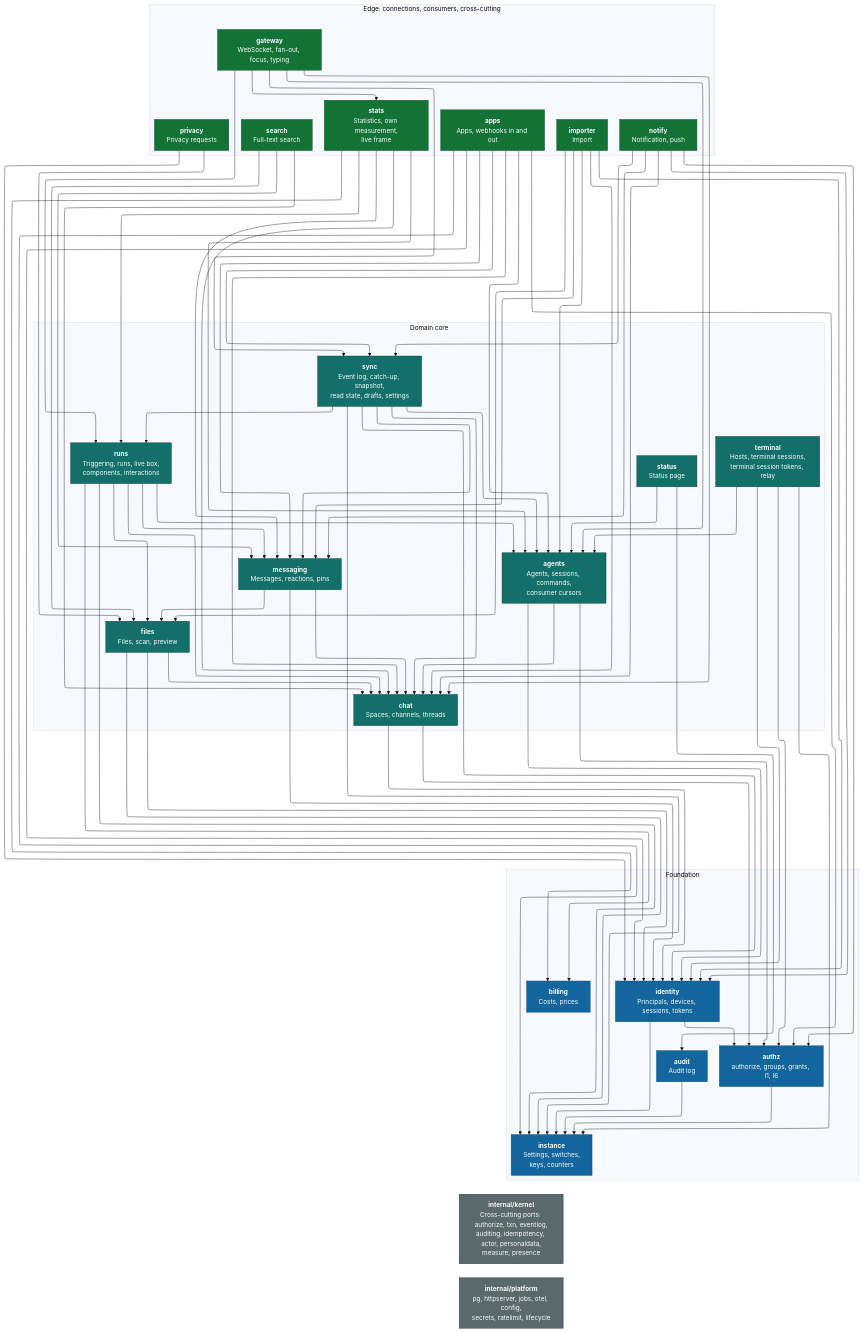
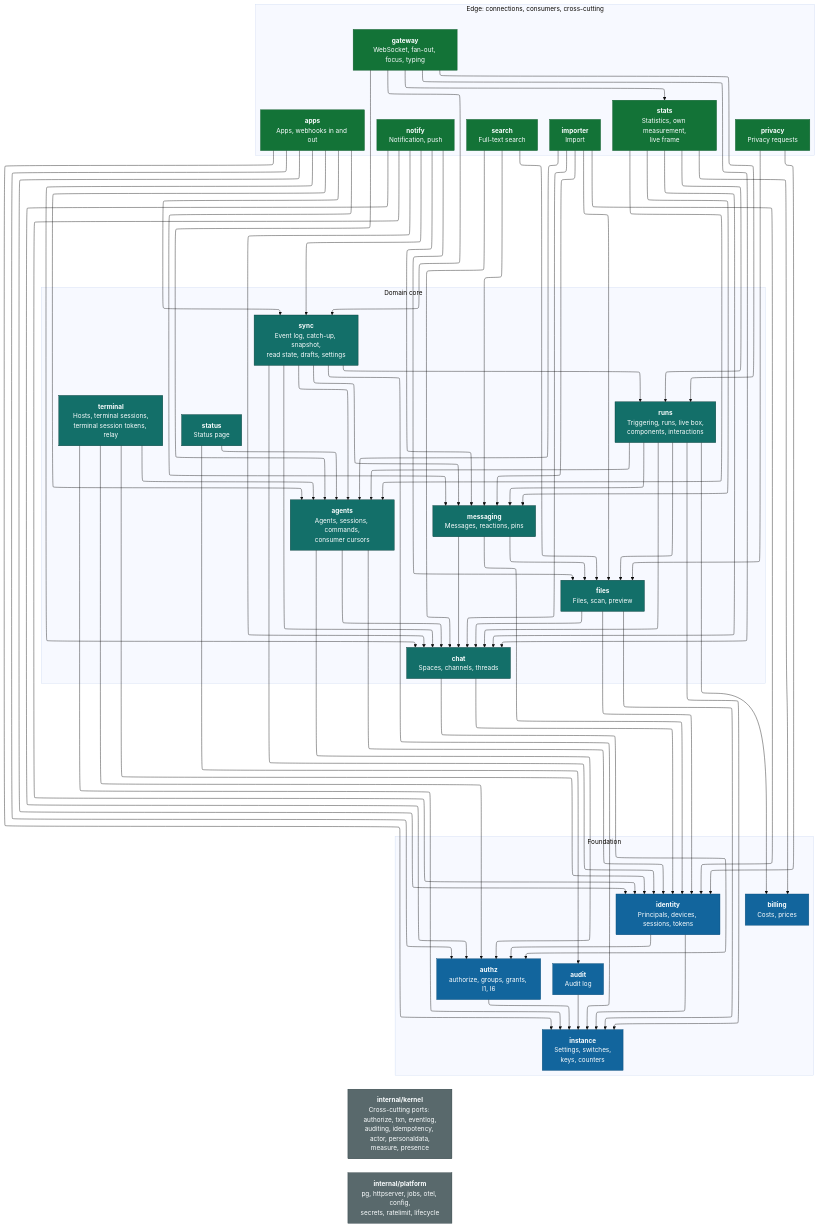
Before and after one commit to mguttmann/bothy: the diagram in docs/architecture/c4-3-server-components.mmd, drawn with Mermaid (base theme). The commit also changed 149 other files, not shown here.

```diff
--- a/docs/architecture/c4-3-server-components.mmd
+++ b/docs/architecture/c4-3-server-components.mmd
@@ -1,112 +1,113 @@
 ---
 config:
   layout: elk
 ---
 %% C4 level 3: components of the server = modules of the monolith.
 %% Arrow A --> B means: A may call the port of B (dependency table in 02-architecture.md, 4.4).
 %% All modules also use the cross-cutting ports from internal/kernel; these edges are not drawn.
 flowchart TB
   classDef top fill:#137337,stroke:#0c5828,color:#fbfeff
   classDef mid fill:#136f69,stroke:#063b38,color:#fbfeff
   classDef base fill:#12659d,stroke:#0b4d79,color:#fbfeff
   classDef shared fill:#59696c,stroke:#24363a,color:#fbfeff
 
   subgraph edge["Edge: connections, consumers, cross-cutting"]
     gateway["<b>gateway</b><br/>WebSocket, fan-out, focus, typing"]:::top
     notify["<b>notify</b><br/>Notification, push"]:::top
     apps["<b>apps</b><br/>Apps, webhooks in and out"]:::top
     stats["<b>stats</b><br/>Statistics, own measurement,<br/>live frame"]:::top
     privacy["<b>privacy</b><br/>Privacy requests"]:::top
     importer["<b>importer</b><br/>Import"]:::top
     search["<b>search</b><br/>Full-text search"]:::top
   end
 
   subgraph core["Domain core"]
     sync["<b>sync</b><br/>Event log, catch-up, snapshot,<br/>read state, drafts, settings"]:::mid
     runs["<b>runs</b><br/>Triggering, runs, live box,<br/>components, interactions"]:::mid
     messaging["<b>messaging</b><br/>Messages, reactions, pins"]:::mid
     status["<b>status</b><br/>Status page"]:::mid
     agents["<b>agents</b><br/>Agents, sessions, commands,<br/>consumer cursors"]:::mid
     files["<b>files</b><br/>Files, scan, preview"]:::mid
     chat["<b>chat</b><br/>Spaces, channels, threads"]:::mid
     terminal["<b>terminal</b><br/>Hosts, terminal sessions,<br/>terminal session tokens, relay"]:::mid
   end
 
   subgraph foundation["Foundation"]
     identity["<b>identity</b><br/>Principals, devices, sessions, tokens"]:::base
     authz["<b>authz</b><br/>authorize, groups, grants, I1, I6"]:::base
     audit["<b>audit</b><br/>Audit log"]:::base
     billing["<b>billing</b><br/>Costs, prices"]:::base
     instance["<b>instance</b><br/>Settings, switches,<br/>keys, counters"]:::base
   end
 
   kernel["<b>internal/kernel</b><br/>Cross-cutting ports: authorize, txn, eventlog,<br/>auditing, idempotency, actor, personaldata,<br/>measure, presence"]:::shared
   platform["<b>internal/platform</b><br/>pg, httpserver, jobs, otel, config,<br/>secrets, ratelimit, lifecycle"]:::shared
 
   gateway --> chat
   gateway --> agents
   gateway --> runs
   gateway --> sync
   gateway --> stats
   notify --> identity
   notify --> chat
   notify --> messaging
   notify --> sync
   notify --> authz
+  notify --> files
   apps --> instance
   apps --> identity
   apps --> authz
   apps --> chat
   apps --> agents
   apps --> messaging
   apps --> sync
   stats --> chat
   stats --> agents
   stats --> messaging
   stats --> runs
   stats --> billing
   privacy --> identity
   privacy --> files
   importer --> identity
   importer --> chat
   importer --> agents
   importer --> messaging
   importer --> files
   search --> chat
   search --> messaging
   search --> files
   sync --> instance
   sync --> identity
   sync --> chat
   sync --> agents
   sync --> messaging
   sync --> runs
   runs --> instance
   runs --> chat
   runs --> agents
   runs --> messaging
   runs --> billing
   runs --> files
   messaging --> identity
   messaging --> chat
   messaging --> files
   status --> agents
   status --> audit
   terminal --> instance
   terminal --> identity
   terminal --> authz
   terminal --> agents
   agents --> identity
   agents --> authz
   agents --> chat
   files --> identity
   files --> chat
   files --> instance
   chat --> identity
   chat --> authz
   identity --> instance
   identity --> authz
   authz --> instance
   audit --> instance
   foundation ~~~ kernel
   kernel ~~~ platform
```
